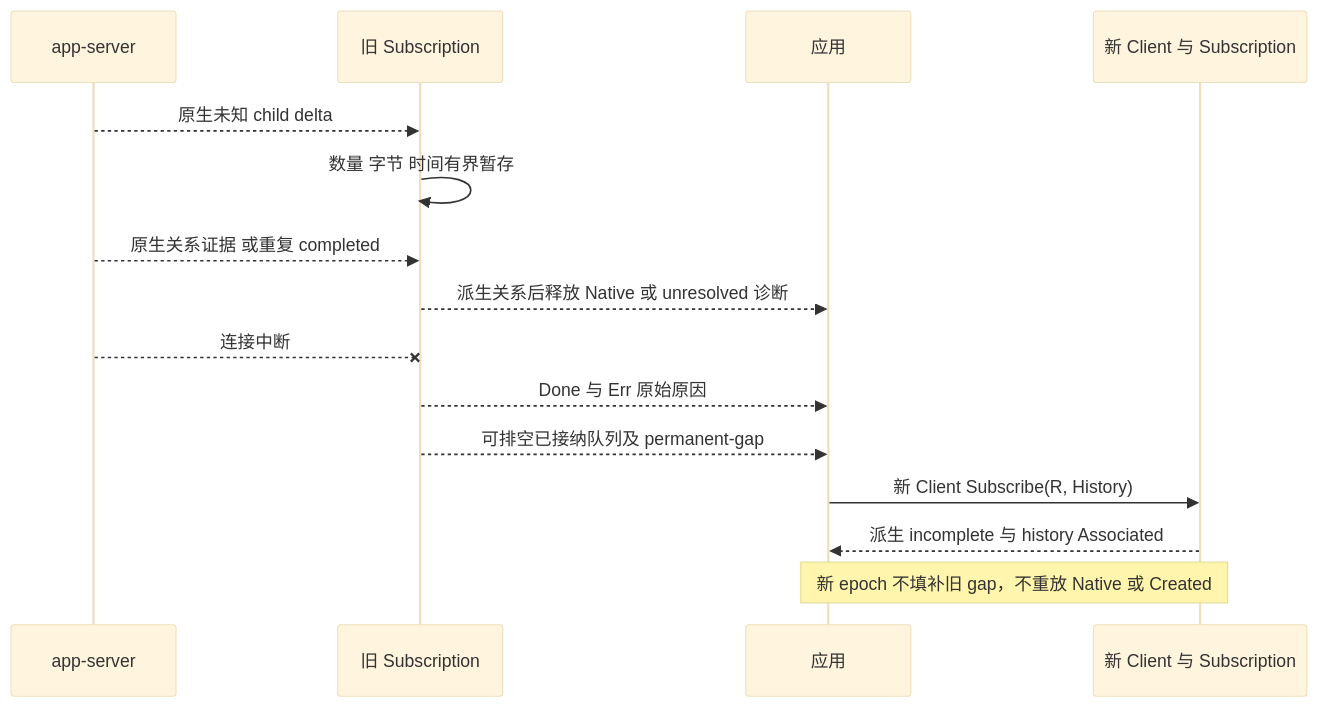
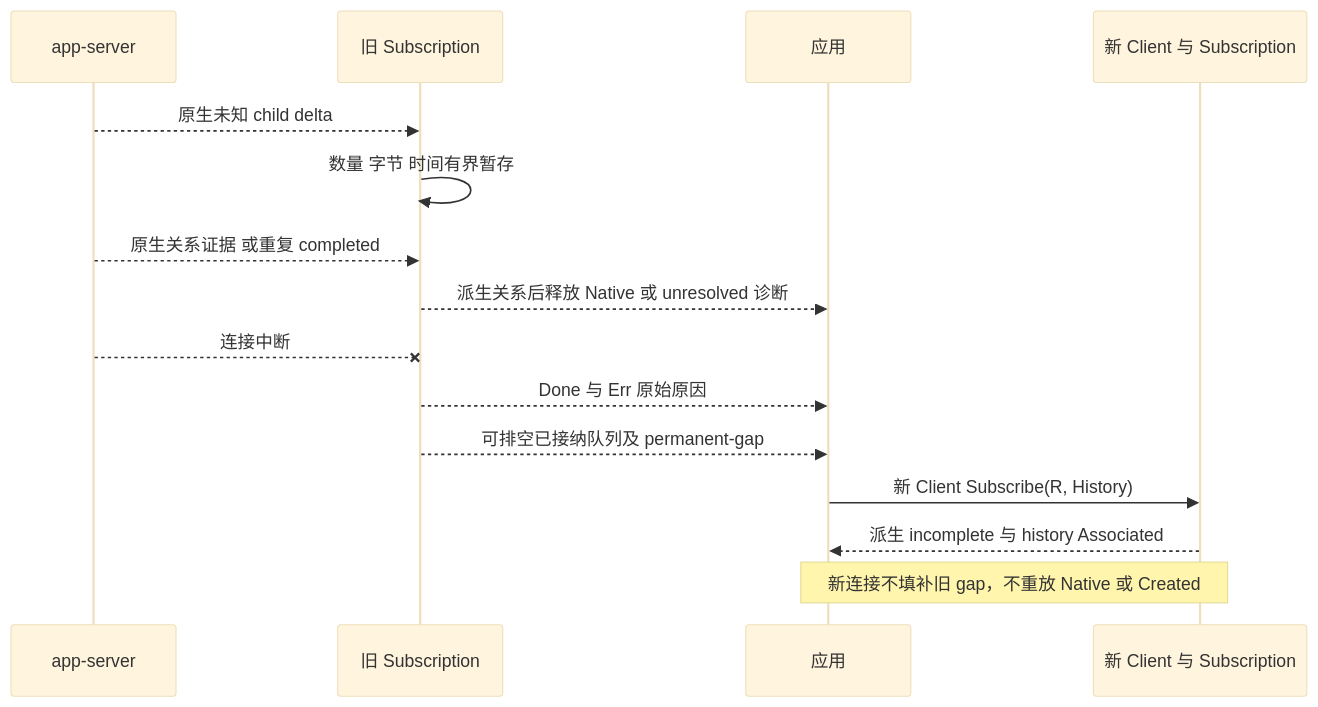
The seventh of 7 diagrams in docs/event-sequences.md (zoumo/agent-sdk-go), drawn with Mermaid (base theme) before and after one commit. The commit also changed other lines of this file and 43 other files, not shown here.

````diff
--- a/docs/event-sequences.md
+++ b/docs/event-sequences.md
@@ -245,17 +245,17 @@
 ```mermaid
 sequenceDiagram
     participant S as app-server
     participant O as 旧 Subscription
     participant U as 应用
     participant N as 新 Client 与 Subscription
     S-->>O: 原生未知 child delta
     O->>O: 数量 字节 时间有界暂存
     S-->>O: 原生关系证据 或重复 completed
     O-->>U: 派生关系后释放 Native 或 unresolved 诊断
     S--xO: 连接中断
     O-->>U: Done 与 Err 原始原因
     O-->>U: 可排空已接纳队列及 permanent-gap
     U->>N: 新 Client Subscribe(R, History)
     N-->>U: 派生 incomplete 与 history Associated
-    Note over U,N: 新 epoch 不填补旧 gap，不重放 Native 或 Created
+    Note over U,N: 新连接不填补旧 gap，不重放 Native 或 Created
 ```
````
